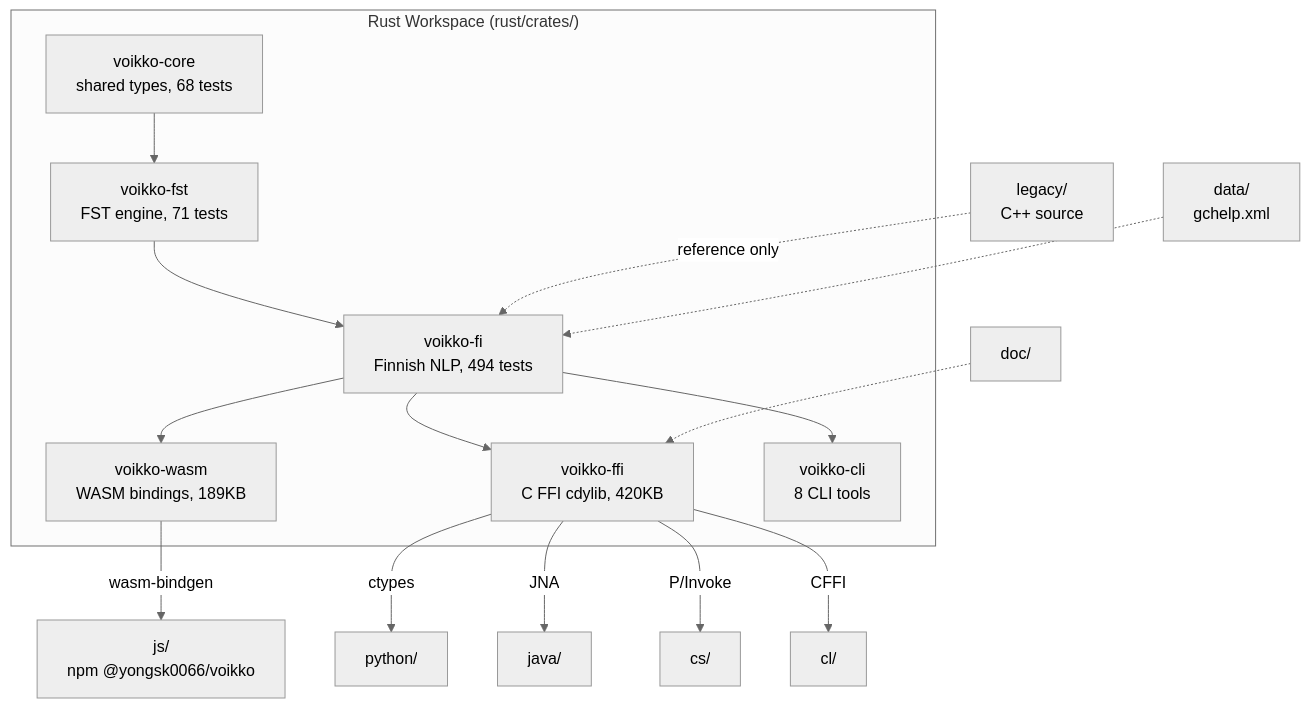
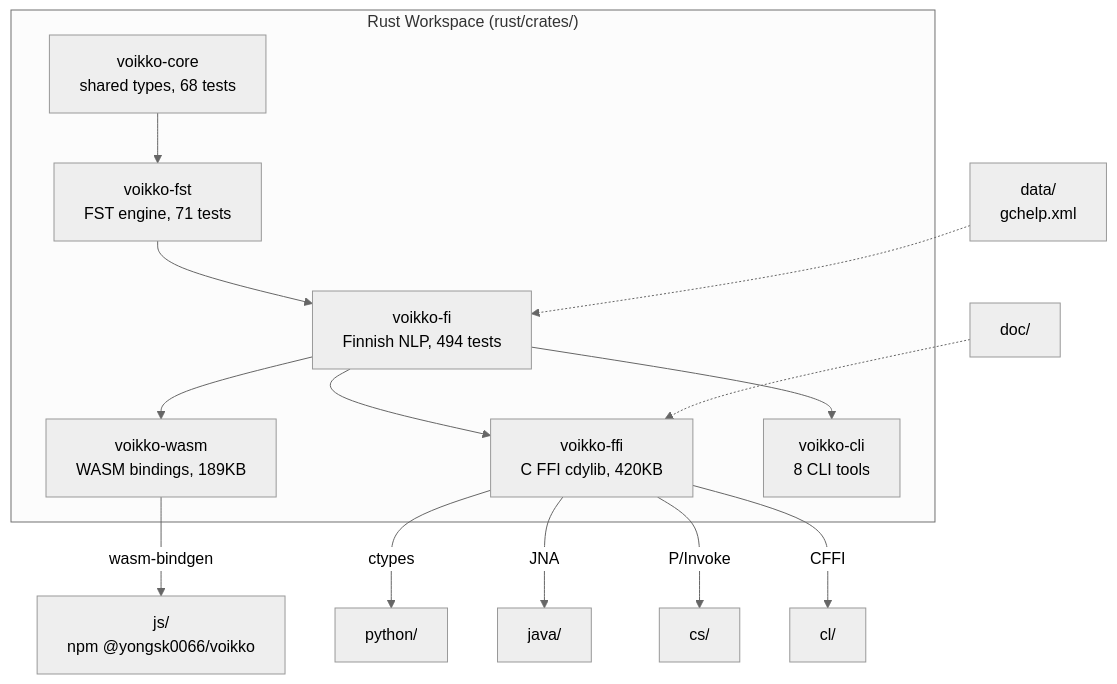
One commit to yongsk0066/corevoikko changed the diagram in libvoikko/CLAUDE.md. Above: the diagram before and after it, drawn with Mermaid (neutral theme).

Commit message:
docs: remove incorrect legacy->fi dependency, update MEMORY.md
The legacy C++ code is not referenced by Rust code at all.
Remove the misleading arrow from the libvoikko mermaid diagram.

````diff
--- a/libvoikko/CLAUDE.md
+++ b/libvoikko/CLAUDE.md
@@ -11,26 +11,25 @@
 ```mermaid
 graph TD
     subgraph "Rust Workspace (rust/crates/)"
         core[voikko-core<br/>shared types, 68 tests]
         fst[voikko-fst<br/>FST engine, 71 tests]
         fi[voikko-fi<br/>Finnish NLP, 494 tests]
         wasm[voikko-wasm<br/>WASM bindings, 189KB]
         ffi[voikko-ffi<br/>C FFI cdylib, 420KB]
         cli[voikko-cli<br/>8 CLI tools]
     end
 
     core --> fst --> fi
     fi --> wasm
     fi --> ffi
     fi --> cli
 
     wasm -->|wasm-bindgen| js[js/<br/>npm @yongsk0066/voikko]
     ffi -->|ctypes| py[python/]
     ffi -->|JNA| java[java/]
     ffi -->|P/Invoke| cs["cs/"]
     ffi -->|CFFI| cl[cl/]
 
-    legacy[legacy/<br/>C++ source] -.->|reference only| fi
     doc[doc/] -.-> ffi
     data[data/<br/>gchelp.xml] -.-> fi
 ```
````
